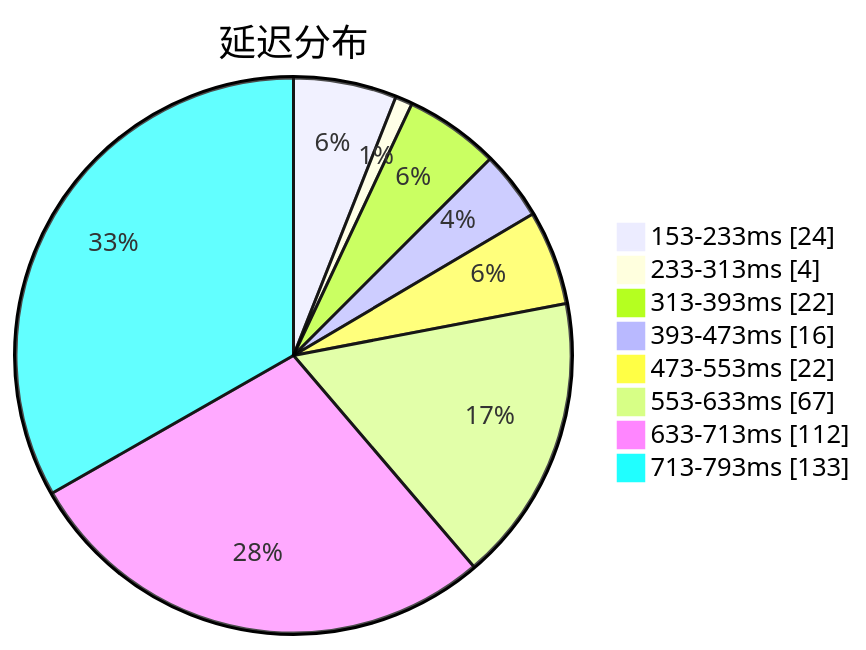
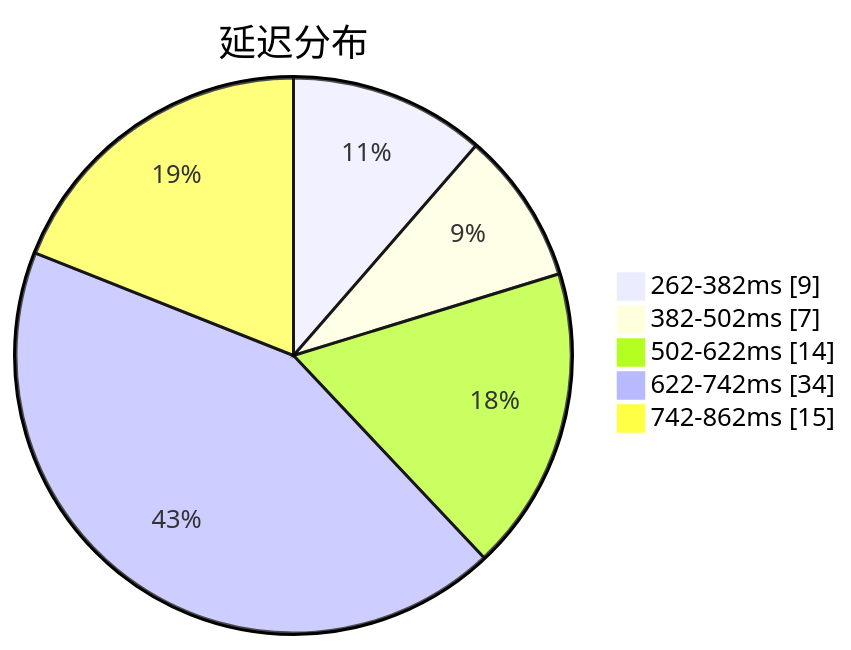
The first of 3 diagrams in subs/statistics/tested_within.md (qjlxg/airport), drawn with Mermaid before and after one commit. The commit also changed other lines of this file and 2 other files, not shown here.

Commit message:
Tested by metaST

````diff
--- a/subs/statistics/tested_within.md
+++ b/subs/statistics/tested_within.md
@@ -2,12 +2,9 @@
 ```mermaid
 pie showData
 title 延迟分布
-"153-233ms" : 24
-"233-313ms" : 4
-"313-393ms" : 22
-"393-473ms" : 16
-"473-553ms" : 22
-"553-633ms" : 67
-"633-713ms" : 112
-"713-793ms" : 133
+"262-382ms" : 9
+"382-502ms" : 7
+"502-622ms" : 14
+"622-742ms" : 34
+"742-862ms" : 15
 ```
````
